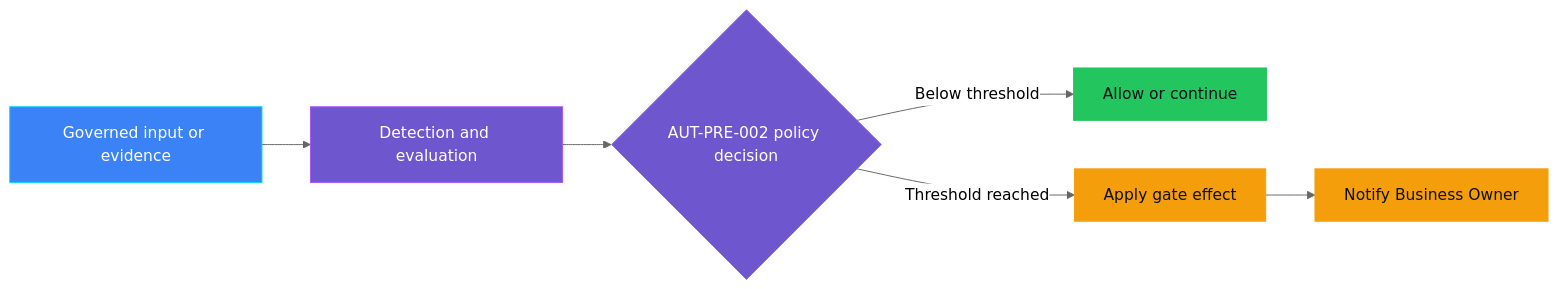
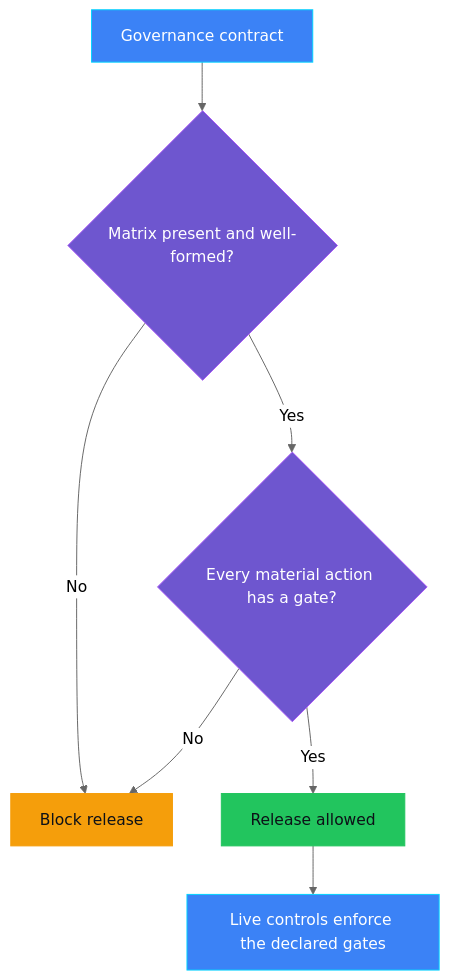
Before and after one commit to doruit/forged-with-foundry: the first of 2 diagrams in controls/autonomy_and_human_oversight/AUT-PRE-002_hitl_gates_missing/README.md, drawn with Mermaid (neutral theme). The commit also changed other lines of this file and 23 other files, not shown here.

First line of the commit message:
feat(aut-002): implement irreversible action gate with ACS approval and live Chainlit demo

````diff
--- a/controls/autonomy_and_human_oversight/AUT-PRE-002_hitl_gates_missing/README.md
+++ b/controls/autonomy_and_human_oversight/AUT-PRE-002_hitl_gates_missing/README.md
@@ -56,17 +119,18 @@
 ```mermaid
-flowchart LR
-    I[Governed input or evidence] --> D[Detection and evaluation]
-    D --> P{AUT-PRE-002 policy decision}
-    P -->|Below threshold| A[Allow or continue]
-    P -->|Threshold reached| E[Apply gate effect]
-    E --> O[Notify Business Owner]
+flowchart TB
+    C[Governance contract] --> M{Matrix present and well-formed?}
+    M -->|No| B[Block release]
+    M -->|Yes| R{Every material action has a gate?}
+    R -->|No| B
+    R -->|Yes| A[Release allowed]
+    A --> L[Live controls enforce the declared gates]
 
     classDef governance fill:#6E56CF,stroke:#A855F7,color:#FFFFFF
     classDef platform fill:#3B82F6,stroke:#00D4FF,color:#FFFFFF
     classDef success fill:#22C55E,stroke:#22C55E,color:#0D1117
     classDef attention fill:#F59E0B,stroke:#F59E0B,color:#0D1117
-    class D,P governance
-    class I platform
+    class M,R governance
+    class C,L platform
     class A success
-    class E,O attention
+    class B attention
 ```
````
